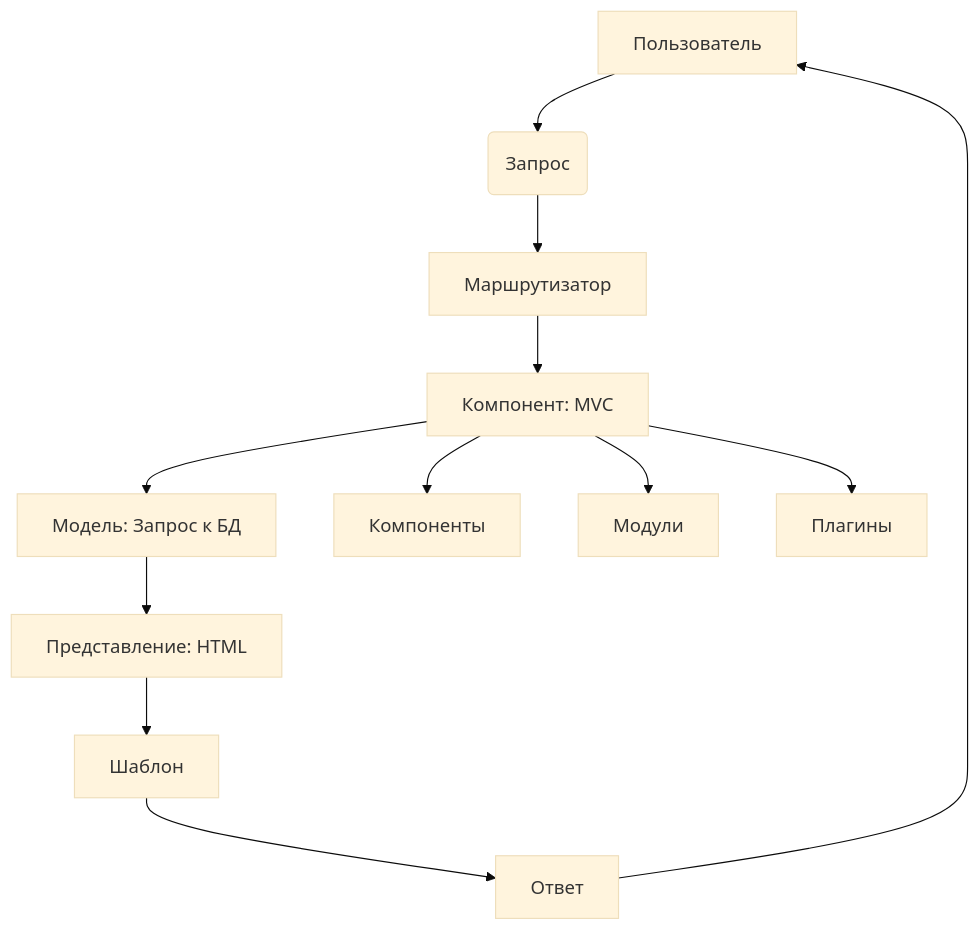
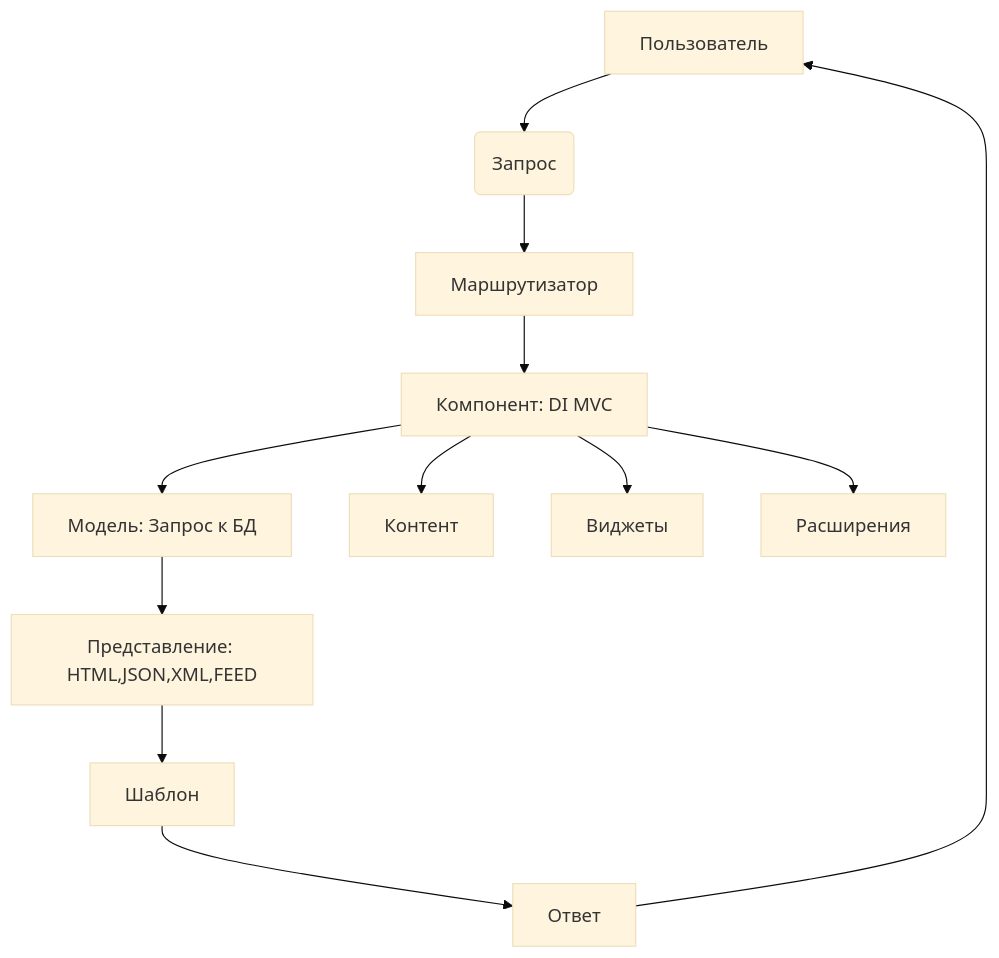
The diagram in README.md (flexis-labs/flexis-app), drawn with Mermaid (base theme) before and after one commit.

````diff
--- a/README.md
+++ b/README.md
@@ -6,18 +6,18 @@
 ```mermaid
 flowchart TD
     A[Пользователь] --> B(Запрос)
     B --> C[Маршрутизатор]
-    C --> D[Компонент: MVC]
+    C --> D[Компонент: DI MVC]
     
     D --> E[Модель: Запрос к БД]
-    E --> F[Представление: HTML]
+    E --> F[Представление: HTML,JSON,XML,FEED]
     F --> G[Шаблон]
     G --> I[Ответ]
     I --> A
 
     %% Добавленная группа компонентов, модулей и плагинов
     
-    D --> K[Компоненты]
-    D --> L[Модули]
-    D --> M[Плагины]
+    D --> K[Контент]
+    D --> L[Виджеты]
+    D --> M[Расширения]
 ```
````
